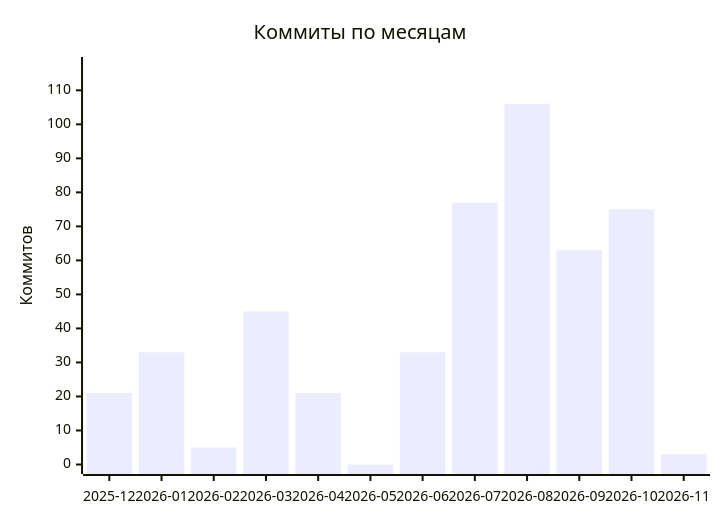
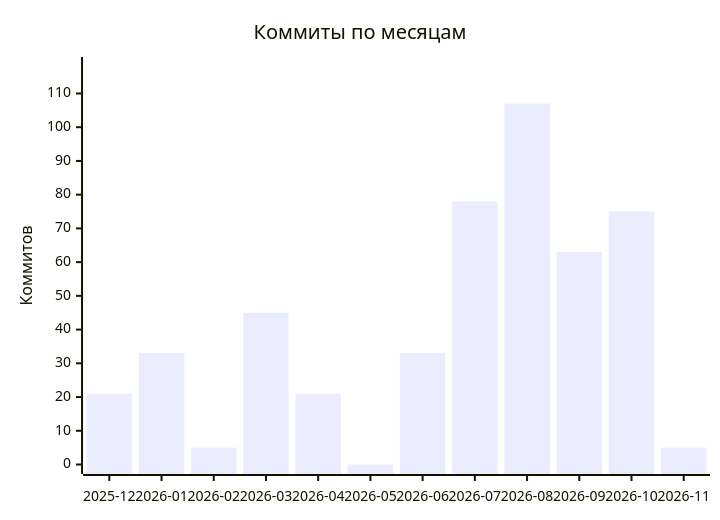
One commit to malexple/malexple changed the diagram in README.md. Above: the diagram before and after it, drawn with Mermaid. The commit also changed other lines of this file and 1 other file, not shown here.

````diff
--- a/README.md
+++ b/README.md
@@ -363,7 +363,7 @@
 ```mermaid
 xychart-beta
     title "Коммиты по месяцам"
     x-axis ["2025-12", "2026-01", "2026-02", "2026-03", "2026-04", "2026-05", "2026-06", "2026-07", "2026-08", "2026-09", "2026-10", "2026-11"]
-    y-axis "Коммитов" 0 --> 117
-    bar [21, 33, 5, 45, 21, 0, 33, 77, 106, 63, 75, 3]
+    y-axis "Коммитов" 0 --> 118
+    bar [21, 33, 5, 45, 21, 0, 33, 78, 107, 63, 75, 5]
 ```
````
